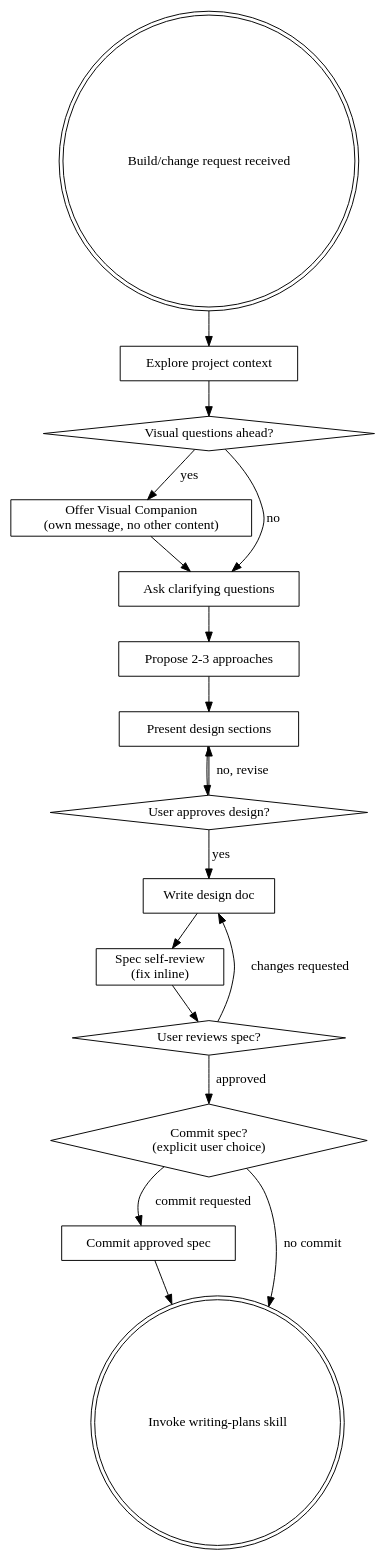
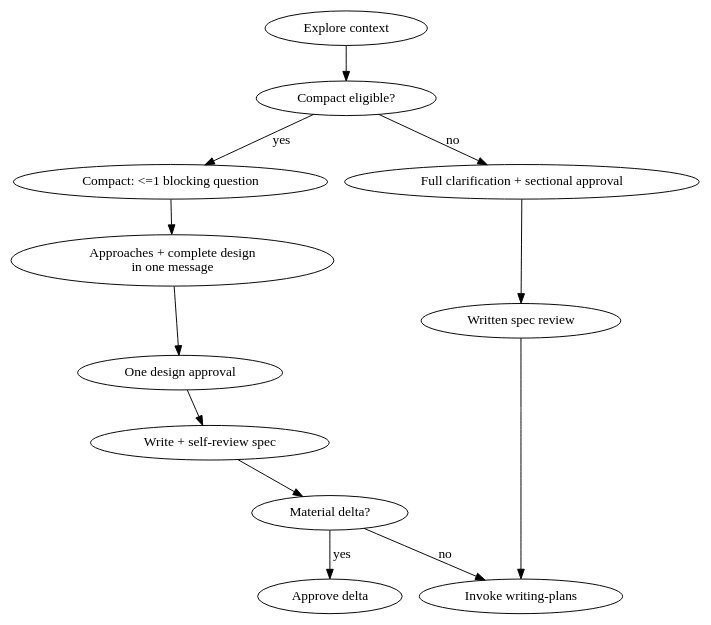
The diagram in skills/brainstorming/SKILL.md (kirito41dd/k-superpowers), drawn with Graphviz before and after one commit. The commit also changed other lines of this file and 22 other files, not shown here.

Commit message:
feat: add compact development flow

````diff
--- a/skills/brainstorming/SKILL.md
+++ b/skills/brainstorming/SKILL.md
@@ -47,36 +77,15 @@
 ```dot
 digraph brainstorming {
-    "Build/change request received" [shape=doublecircle];
-    "Explore project context" [shape=box];
-    "Visual questions ahead?" [shape=diamond];
-    "Offer Visual Companion\n(own message, no other content)" [shape=box];
-    "Ask clarifying questions" [shape=box];
-    "Propose 2-3 approaches" [shape=box];
-    "Present design sections" [shape=box];
-    "User approves design?" [shape=diamond];
-    "Write design doc" [shape=box];
-    "Spec self-review\n(fix inline)" [shape=box];
-    "User reviews spec?" [shape=diamond];
-    "Commit spec?\n(explicit user choice)" [shape=diamond];
-    "Commit approved spec" [shape=box];
-    "Invoke writing-plans skill" [shape=doublecircle];
-
-    "Build/change request received" -> "Explore project context";
-    "Explore project context" -> "Visual questions ahead?";
-    "Visual questions ahead?" -> "Offer Visual Companion\n(own message, no other content)" [label="yes"];
-    "Visual questions ahead?" -> "Ask clarifying questions" [label="no"];
-    "Offer Visual Companion\n(own message, no other content)" -> "Ask clarifying questions";
-    "Ask clarifying questions" -> "Propose 2-3 approaches";
-    "Propose 2-3 approaches" -> "Present design sections";
-    "Present design sections" -> "User approves design?";
-    "User approves design?" -> "Present design sections" [label="no, revise"];
-    "User approves design?" -> "Write design doc" [label="yes"];
-    "Write design doc" -> "Spec self-review\n(fix inline)";
-    "Spec self-review\n(fix inline)" -> "User reviews spec?";
-    "User reviews spec?" -> "Write design doc" [label="changes requested"];
-    "User reviews spec?" -> "Commit spec?\n(explicit user choice)" [label="approved"];
-    "Commit spec?\n(explicit user choice)" -> "Commit approved spec" [label="commit requested"];
-    "Commit spec?\n(explicit user choice)" -> "Invoke writing-plans skill" [label="no commit"];
-    "Commit approved spec" -> "Invoke writing-plans skill";
+    "Explore context" -> "Compact eligible?";
+    "Compact eligible?" -> "Compact: <=1 blocking question" [label="yes"];
+    "Compact: <=1 blocking question" -> "Approaches + complete design\nin one message";
+    "Approaches + complete design\nin one message" -> "One design approval";
+    "One design approval" -> "Write + self-review spec";
+    "Write + self-review spec" -> "Material delta?";
+    "Material delta?" -> "Invoke writing-plans" [label="no"];
+    "Material delta?" -> "Approve delta" [label="yes"];
+    "Compact eligible?" -> "Full clarification + sectional approval" [label="no"];
+    "Full clarification + sectional approval" -> "Written spec review";
+    "Written spec review" -> "Invoke writing-plans";
 }
 ```
````
